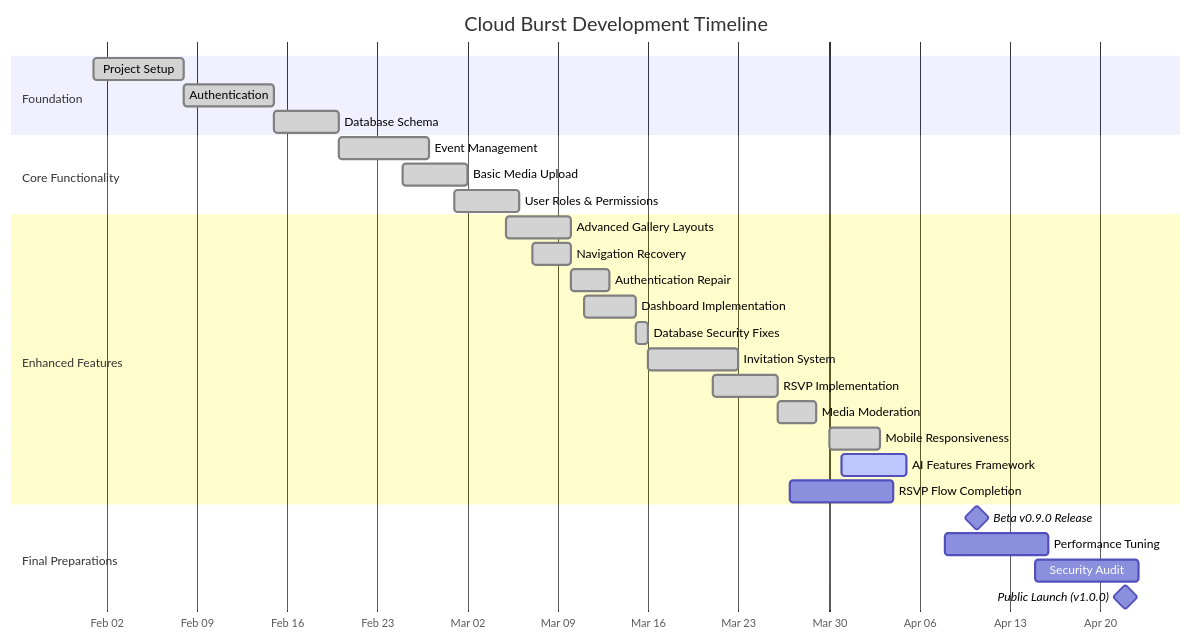
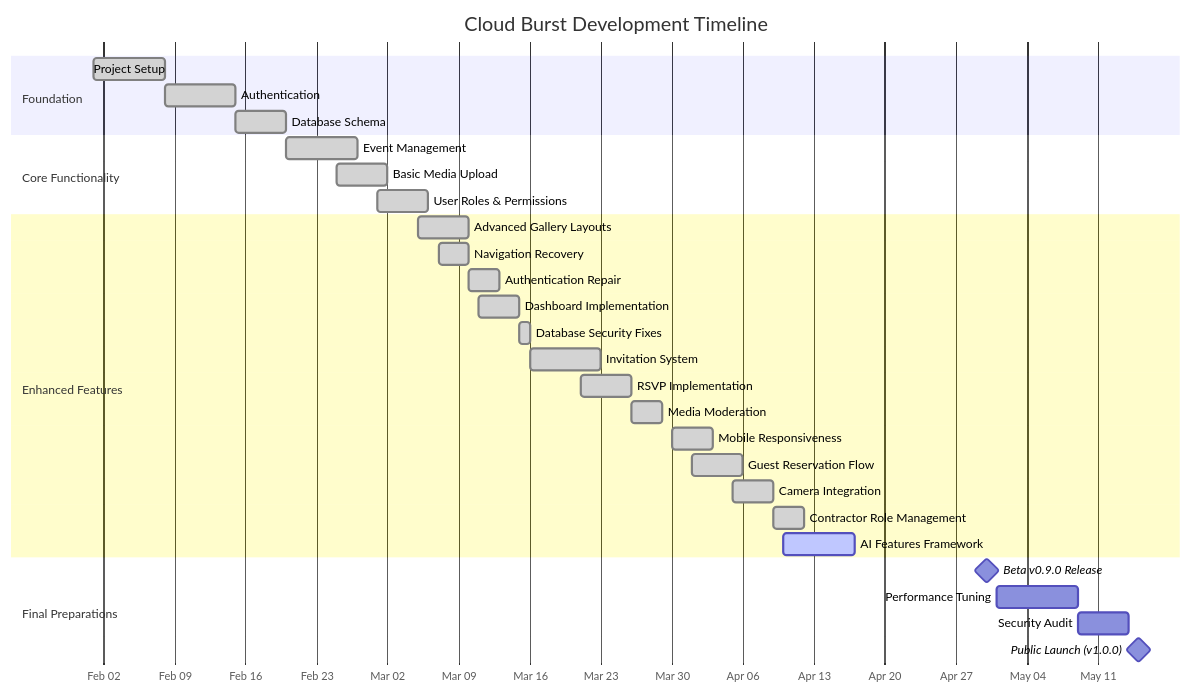
Before and after one commit to mrj0nesmtl/cloud-burst: the third of 3 diagrams in README.md, drawn with Mermaid. The commit also changed other lines of this file and 96 other files, not shown here.

Commit message:
feat(v0.8.9): Implement guest reservation system, camera integration, and contractor roles

````diff
--- a/README.md
+++ b/README.md
@@ -236,35 +240,37 @@
 ```mermaid
 gantt
     title Cloud Burst Development Timeline
     dateFormat  YYYY-MM-DD
     axisFormat %b %d
     
     section Foundation
     Project Setup           :done, f1, 2025-02-01, 7d
     Authentication          :done, f2, 2025-02-08, 7d
     Database Schema         :done, f3, 2025-02-15, 5d
     
     section Core Functionality
     Event Management        :done, c1, 2025-02-20, 7d
     Basic Media Upload      :done, c2, 2025-02-25, 5d
     User Roles & Permissions:done, c3, 2025-03-01, 5d
     
     section Enhanced Features
     Advanced Gallery Layouts:done, e1, 2025-03-05, 5d
     Navigation Recovery     :done, e2, 2025-03-07, 3d
     Authentication Repair   :done, e3, 2025-03-10, 3d
     Dashboard Implementation:done, e4, 2025-03-11, 4d
     Database Security Fixes :done, e5, 2025-03-15, 1d
     Invitation System       :done, e6, 2025-03-16, 7d
     RSVP Implementation     :done, e7, 2025-03-21, 5d
     Media Moderation        :done, e8, 2025-03-26, 3d
     Mobile Responsiveness   :done, e9, 2025-03-30, 4d
-    AI Features Framework   :active, e10, 2025-03-31, 5d
-    RSVP Flow Completion    :e11, 2025-03-27, 8d
+    Guest Reservation Flow  :done, e10, 2025-04-01, 5d
+    Camera Integration      :done, e11, 2025-04-05, 4d
+    Contractor Role Management :done, e12, 2025-04-09, 3d
+    AI Features Framework   :active, e13, 2025-04-10, 7d
     
     section Final Preparations
-    Beta v0.9.0 Release     :milestone, b1, 2025-04-07, 7d
-    Performance Tuning      :o1, 2025-04-08, 8d
-    Security Audit          :o2, 2025-04-15, 8d
-    Public Launch (v1.0.0)  :milestone, l3, 2025-04-22, 0d
+    Beta v0.9.0 Release     :milestone, b1, 2025-04-30, 0d
+    Performance Tuning      :o1, 2025-05-01, 8d
+    Security Audit          :o2, 2025-05-09, 5d
+    Public Launch (v1.0.0)  :milestone, l3, 2025-05-15, 0d
 ```
````
